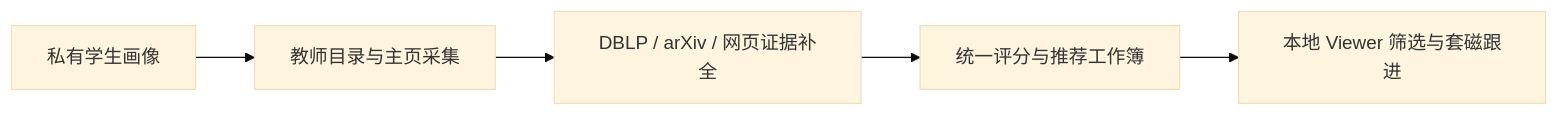
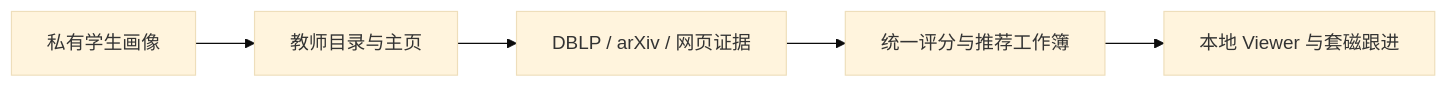
The diagram in README.md (SsQqHuNtMaN/tutor-recommendation), drawn with Mermaid (base theme) before and after one commit. The commit also changed other lines of this file and 14 other files, not shown here.

````diff
--- a/README.md
+++ b/README.md
@@ -20,7 +24,7 @@
 ```mermaid
 flowchart LR
-    A[私有学生画像] --> B[教师目录与主页采集]
-    B --> C[DBLP / arXiv / 网页证据补全]
+    A[私有学生画像] --> B[教师目录与主页]
+    B --> C[DBLP / arXiv / 网页证据]
     C --> D[统一评分与推荐工作簿]
-    D --> E[本地 Viewer 筛选与套磁跟进]
+    D --> E[本地 Viewer 与套磁跟进]
 ```
````
